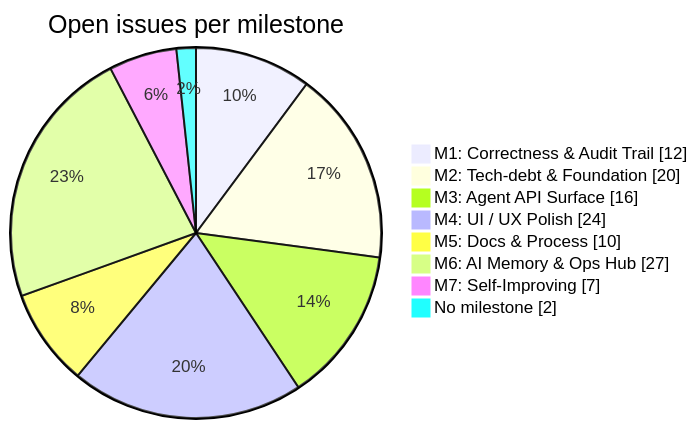
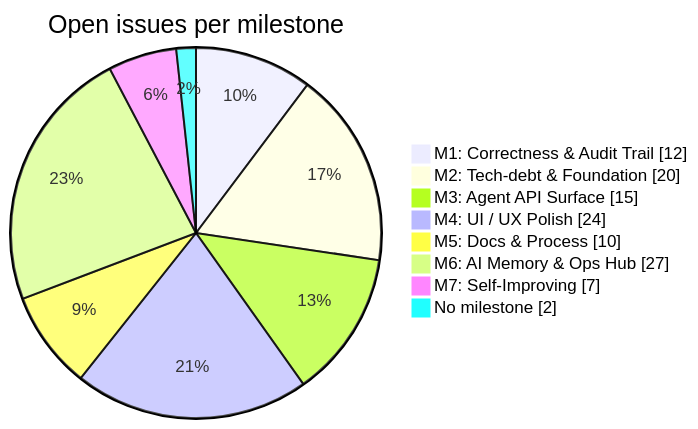
The diagram in docs/BACKLOG.md (joelfuller2016/KanbanFlow-v2), drawn with Mermaid before and after one commit. The commit also changed other lines of this file and 2 other files, not shown here.

````diff
--- a/docs/BACKLOG.md
+++ b/docs/BACKLOG.md
@@ -44,12 +44,12 @@
 ```mermaid
 pie showData
     title Open issues per milestone
     "M1: Correctness & Audit Trail" : 12
     "M2: Tech-debt & Foundation" : 20
-    "M3: Agent API Surface" : 16
+    "M3: Agent API Surface" : 15
     "M4: UI / UX Polish" : 24
     "M5: Docs & Process" : 10
     "M6: AI Memory & Ops Hub" : 27
     "M7: Self-Improving" : 7
     "No milestone" : 2
 ```
````
